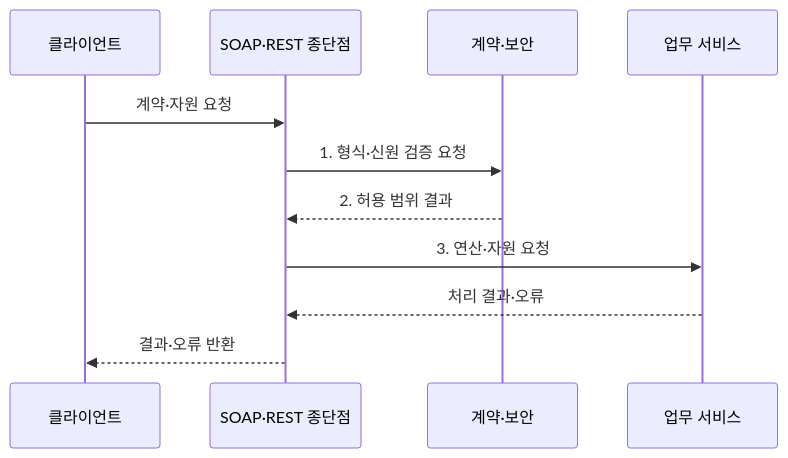
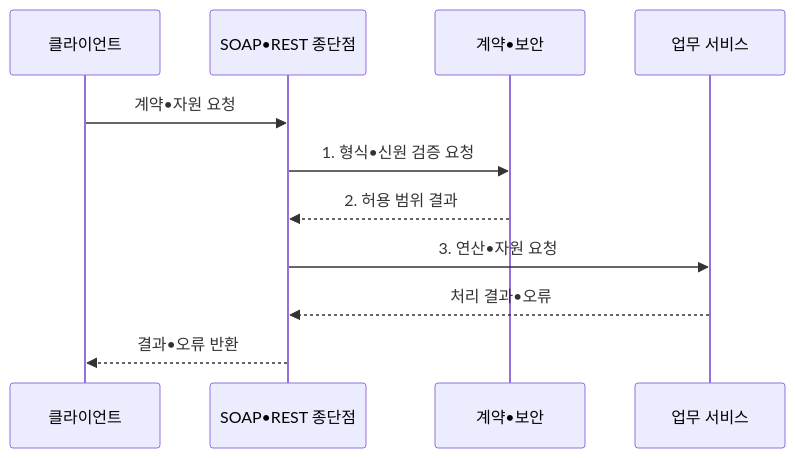
One commit to agnusdei1207/knowledge-base changed the second of 2 diagrams in src/content/docs/notes/03-software/170_soap_vs_rest.md. Above: the diagram before and after it, drawn with Mermaid. The commit also changed other lines of this file and 953 other files, not shown here.

````diff
--- a/src/content/docs/notes/03-software/170_soap_vs_rest.md
+++ b/src/content/docs/notes/03-software/170_soap_vs_rest.md
@@ -109,13 +109,13 @@
 ```mermaid
 sequenceDiagram
     participant C as 클라이언트
-    participant E as SOAP·REST 종단점
-    participant V as 계약·보안
+    participant E as SOAP•REST 종단점
+    participant V as 계약•보안
     participant B as 업무 서비스
-    C->>E: 계약·자원 요청
-    E->>V: 1. 형식·신원 검증 요청
+    C->>E: 계약•자원 요청
+    E->>V: 1. 형식•신원 검증 요청
     V-->>E: 2. 허용 범위 결과
-    E->>B: 3. 연산·자원 요청
-    B-->>E: 처리 결과·오류
-    E-->>C: 결과·오류 반환
+    E->>B: 3. 연산•자원 요청
+    B-->>E: 처리 결과•오류
+    E-->>C: 결과•오류 반환
 ```
````
